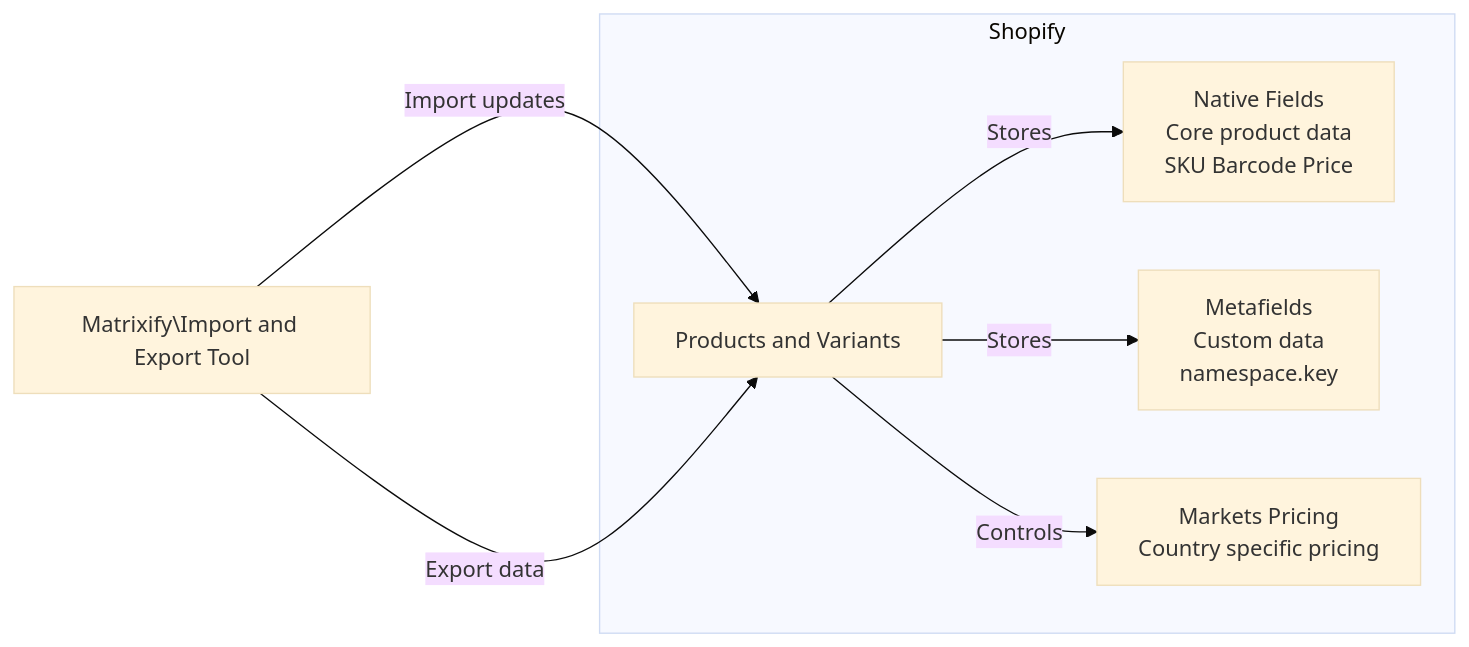
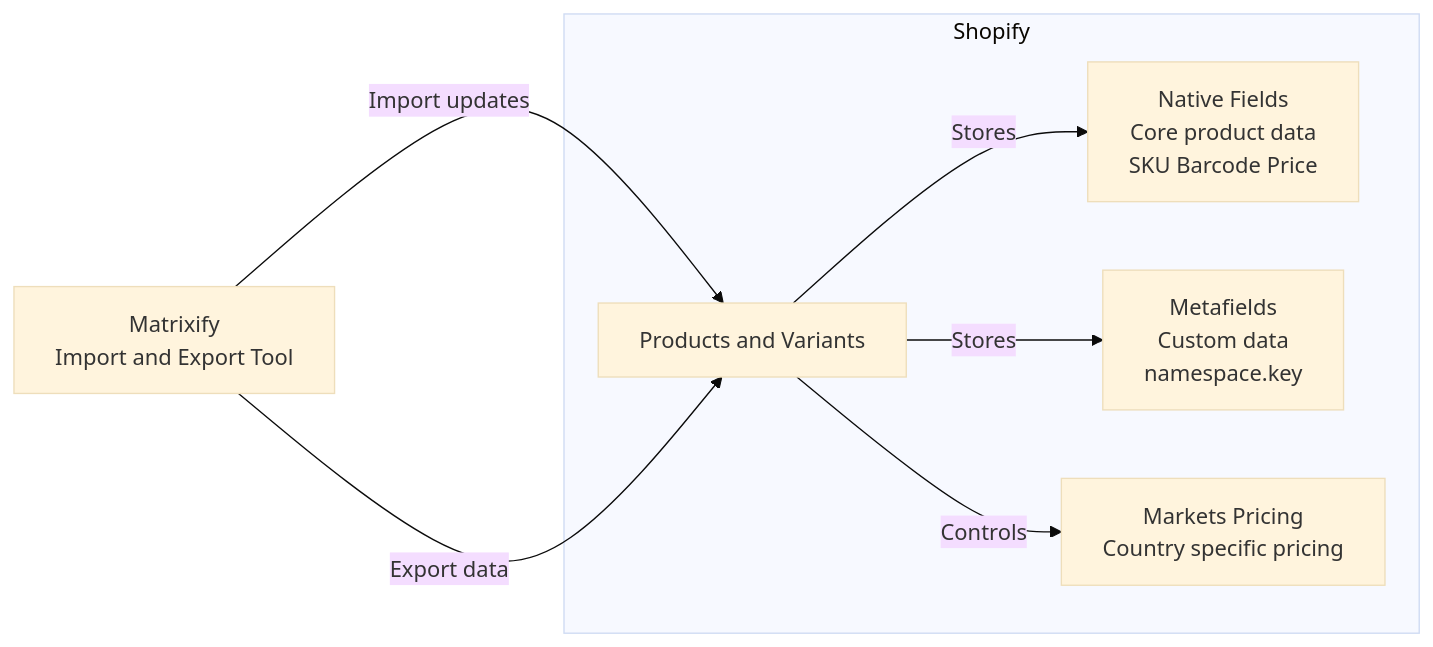
One commit to chasebarrett/shopify_matrixify_data_structure changed the diagram in README.md. Above: the diagram before and after it, drawn with Mermaid (base theme). The commit also changed other lines of this file, not shown here.

````diff
--- a/README.md
+++ b/README.md
@@ -70,19 +86,18 @@
 ```mermaid
 flowchart LR
-  M[Matrixify\Import and Export Tool]
+  M[Matrixify<br/>Import and Export Tool]
 
   subgraph Shopify
     P[Products and Variants]
     N[Native Fields<br/>Core product data<br/>SKU Barcode Price]
     F[Metafields<br/>Custom data<br/>namespace.key]
     K[Markets Pricing<br/>Country specific pricing]
   end
 
   M -->|Import updates| P
   M -->|Export data| P
 
   P -->|Stores| N
   P -->|Stores| F
   P -->|Controls| K
-
 ```
````
